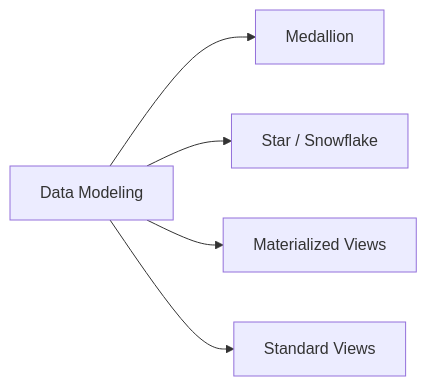
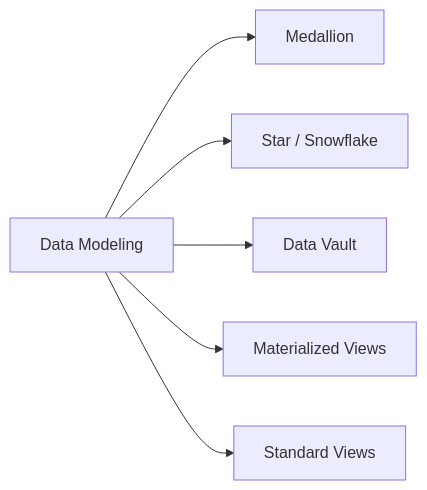
Before and after one commit to kengio/databricks-certification-study-guide: the diagram in certifications/data-analyst-associate/09-data-modeling-with-databricks-sql/README.md, drawn with Mermaid. The commit also changed other lines of this file and 66 other files, not shown here.

````diff
--- a/certifications/data-analyst-associate/09-data-modeling-with-databricks-sql/README.md
+++ b/certifications/data-analyst-associate/09-data-modeling-with-databricks-sql/README.md
@@ -17,7 +17,8 @@
 ```mermaid
 flowchart LR
     DM[Data Modeling] --> Medal[Medallion]
     DM --> Dim[Star / Snowflake]
+    DM --> DV[Data Vault]
     DM --> MV[Materialized Views]
     DM --> V[Standard Views]
 ```
````
